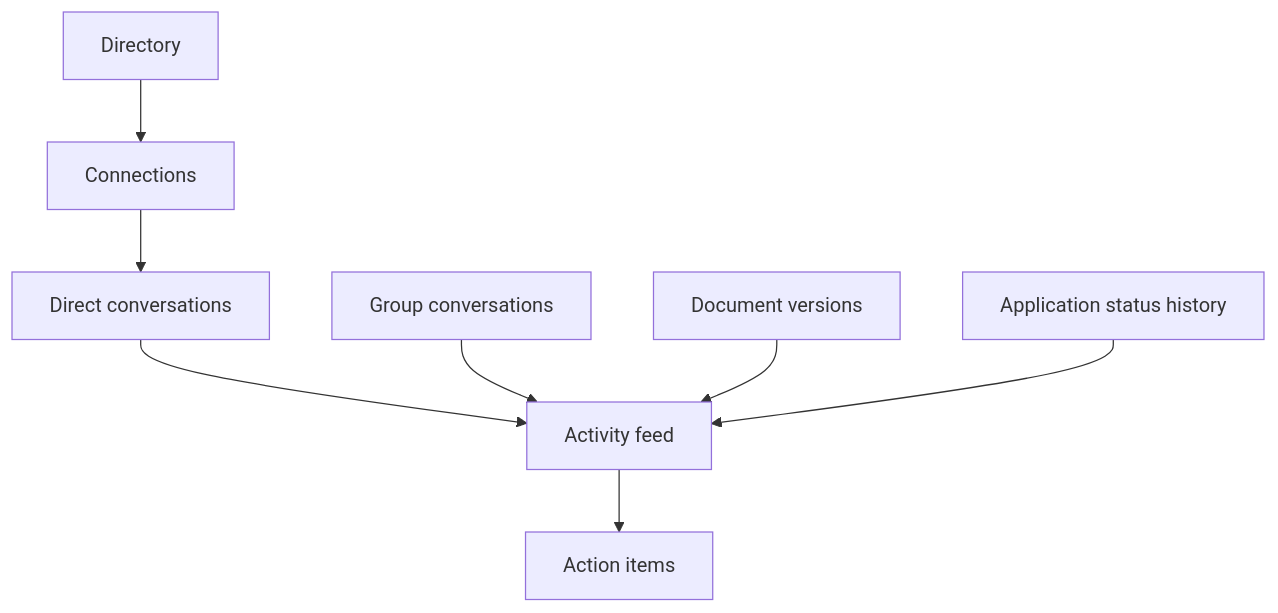
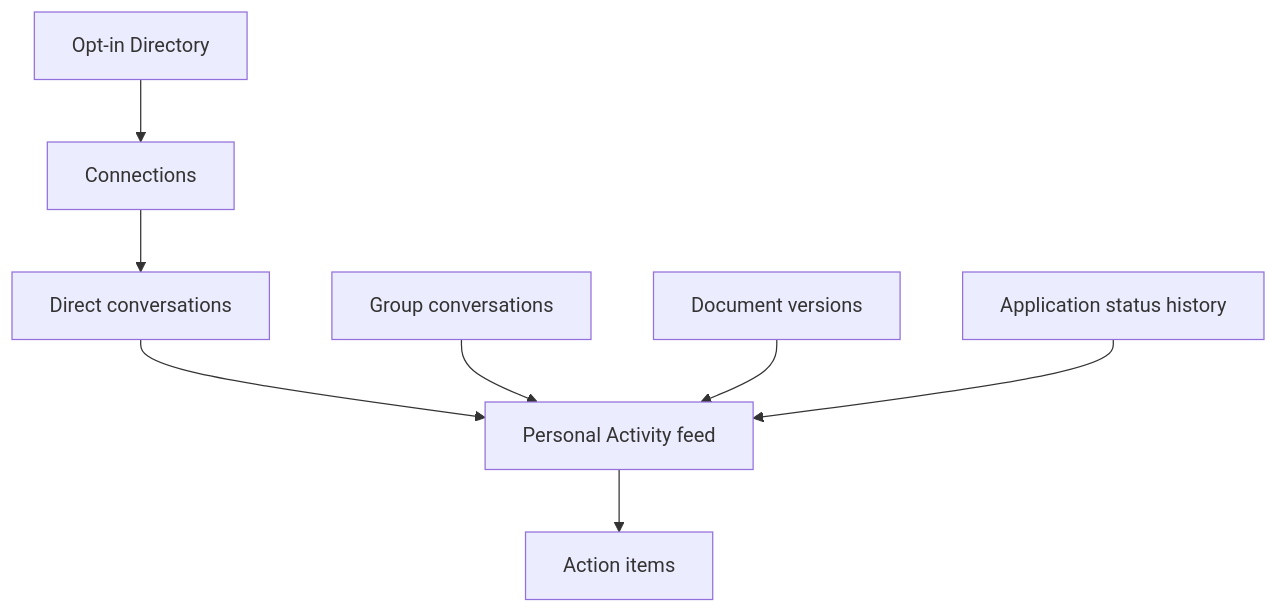
The diagram in docs/docs/architecture/networking-and-messaging.md (danphenderson/baldin), drawn with Mermaid before and after one commit. The commit also changed other lines of this file and 233 other files, not shown here.

````diff
--- a/docs/docs/architecture/networking-and-messaging.md
+++ b/docs/docs/architecture/networking-and-messaging.md
@@ -16,12 +18,12 @@
 ```mermaid
 graph TD
     accTitle: Networking Feature Map
-    accDescr: Shows how Directory feeds Connections, which enables Direct conversations; Group conversations and Document versions feed into the Activity feed alongside Applications; and the Activity feed drives Action items.
-    Directory[Directory] --> Connections[Connections]
+    accDescr: Shows how the opt-in Directory feeds Connections, which enables Direct conversations; Group conversations and Document versions feed into the Personal Activity feed alongside Applications; and the activity feed drives Action items.
+    Directory[Opt-in Directory] --> Connections[Connections]
     Connections --> DirectMessages[Direct conversations]
-    DirectMessages --> ActivityFeed[Activity feed]
+    DirectMessages --> ActivityFeed[Personal Activity feed]
     GroupMessages[Group conversations] --> ActivityFeed
     Documents[Document versions] --> ActivityFeed
     Applications[Application status history] --> ActivityFeed
     ActivityFeed --> ActionItems[Action items]
 ```
````
